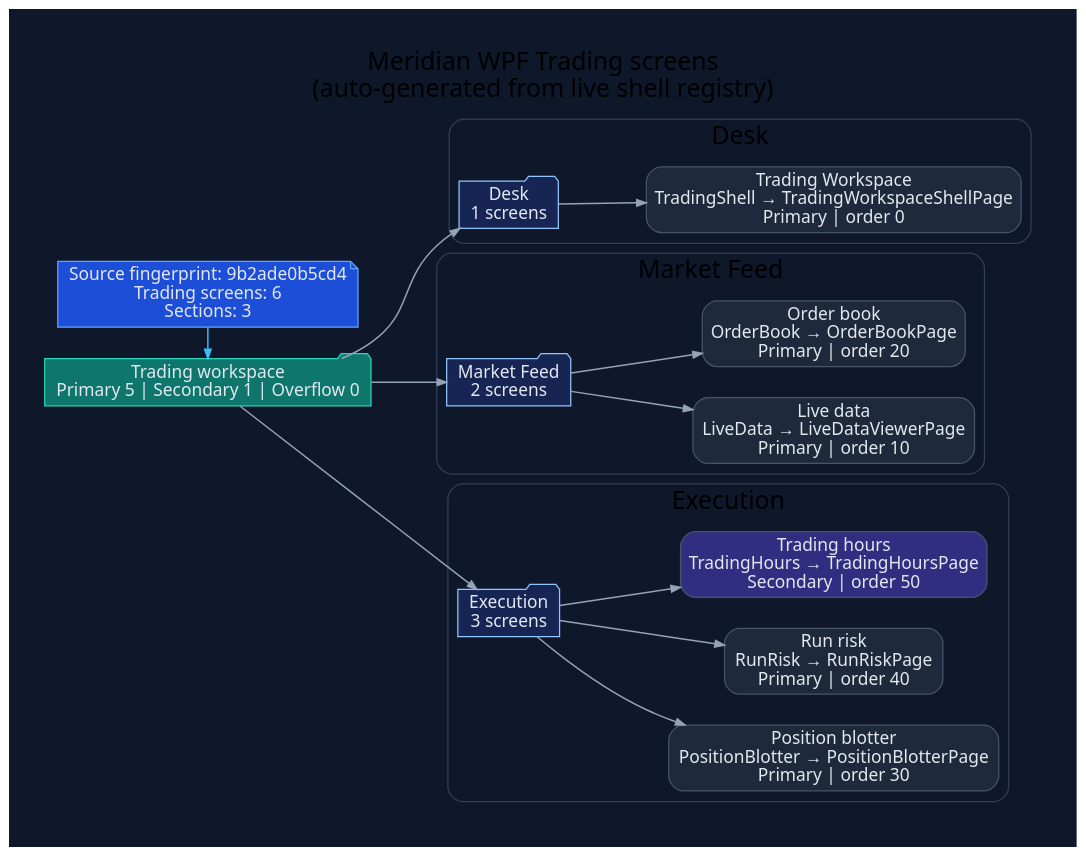
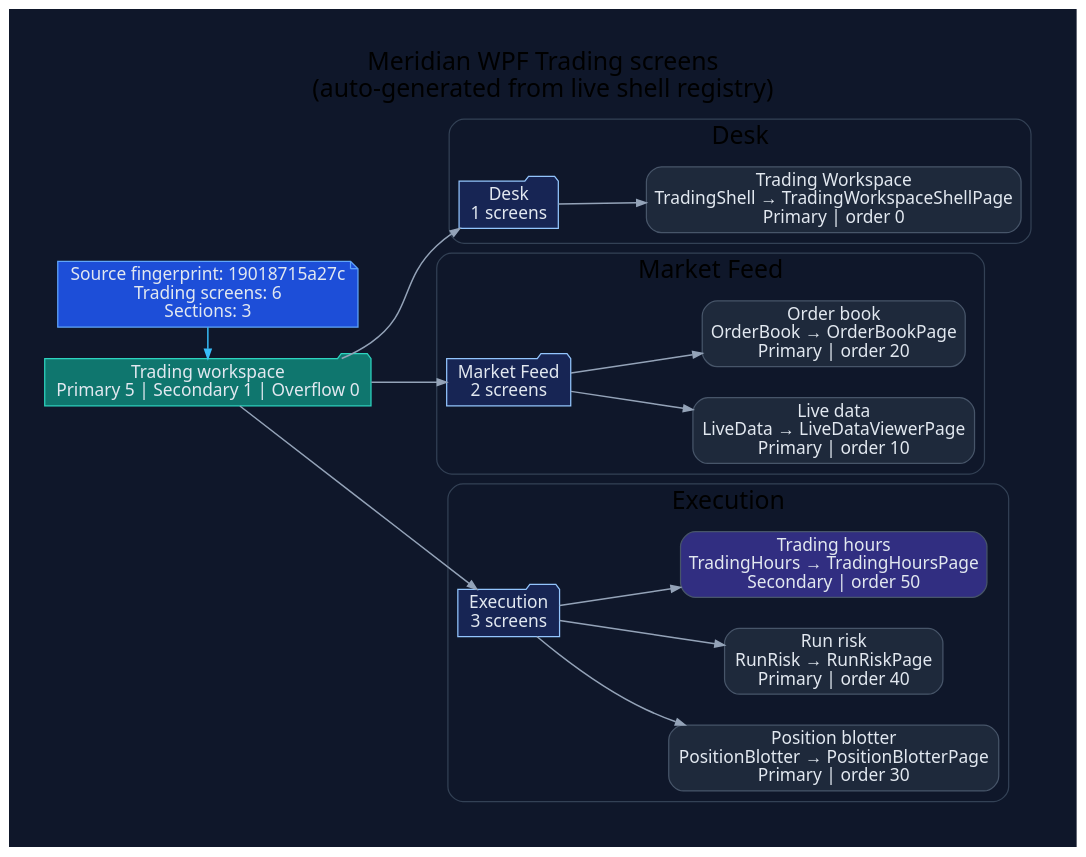
The diagram in docs/diagrams/ui/ui-wpf-screens-trading.dot (rodoHasArrived/Meridian-main), drawn with Graphviz before and after one commit. The commit also changed 44 other files, not shown here.

```diff
--- a/docs/diagrams/ui/ui-wpf-screens-trading.dot
+++ b/docs/diagrams/ui/ui-wpf-screens-trading.dot
@@ -1,62 +1,62 @@
 // -----------------------------------------------------------------------------
 // <auto-generated>
 // Generated by scripts/generate-diagrams.mjs.
 // Do not edit this file directly; update the WPF source files instead.
 // -----------------------------------------------------------------------------
 digraph WpfTradingScreens {
   graph [
     rankdir=LR,
     labelloc=t,
     label="Meridian WPF Trading screens\n(auto-generated from live shell registry)",
     fontname="Segoe UI",
     fontsize=20,
     pad=0.4,
     nodesep=0.35,
     ranksep=0.85,
     bgcolor="#0f172a"
   ];
   node [fontname="Segoe UI", shape=box, style="rounded,filled", color="#475569", fontcolor="#e2e8f0", fillcolor="#1e293b"];
   edge [fontname="Segoe UI", color="#94a3b8", penwidth=1.2, arrowsize=0.75];
 
-  generated [shape=note, fillcolor="#1d4ed8", color="#60a5fa", label="Source fingerprint: 9b2ade0b5cd4\nTrading screens: 6\nSections: 3"];
+  generated [shape=note, fillcolor="#1d4ed8", color="#60a5fa", label="Source fingerprint: 19018715a27c\nTrading screens: 6\nSections: 3"];
   workspace [shape=folder, fillcolor="#0f766e", color="#2dd4bf", label="Trading workspace\nPrimary 5 | Secondary 1 | Overflow 0"];
   generated -> workspace [color="#38bdf8"];
 
   subgraph cluster_section_1 {
     label="Desk";
     color="#334155";
     style="rounded";
     section_1 [shape=folder, fillcolor="#172554", color="#93c5fd", label="Desk\n1 screens"];
     workspace -> section_1;
     screen_TradingShell [fillcolor="#1e293b", label="Trading Workspace\nTradingShell → TradingWorkspaceShellPage\nPrimary | order 0"];
     section_1 -> screen_TradingShell;
   }
 
   subgraph cluster_section_2 {
     label="Market Feed";
     color="#334155";
     style="rounded";
     section_2 [shape=folder, fillcolor="#172554", color="#93c5fd", label="Market Feed\n2 screens"];
     workspace -> section_2;
     screen_LiveData [fillcolor="#1e293b", label="Live data\nLiveData → LiveDataViewerPage\nPrimary | order 10"];
     section_2 -> screen_LiveData;
     screen_OrderBook [fillcolor="#1e293b", label="Order book\nOrderBook → OrderBookPage\nPrimary | order 20"];
     section_2 -> screen_OrderBook;
   }
 
   subgraph cluster_section_3 {
     label="Execution";
     color="#334155";
     style="rounded";
     section_3 [shape=folder, fillcolor="#172554", color="#93c5fd", label="Execution\n3 screens"];
     workspace -> section_3;
     screen_PositionBlotter [fillcolor="#1e293b", label="Position blotter\nPositionBlotter → PositionBlotterPage\nPrimary | order 30"];
     section_3 -> screen_PositionBlotter;
     screen_RunRisk [fillcolor="#1e293b", label="Run risk\nRunRisk → RunRiskPage\nPrimary | order 40"];
     section_3 -> screen_RunRisk;
     screen_TradingHours [fillcolor="#312e81", label="Trading hours\nTradingHours → TradingHoursPage\nSecondary | order 50"];
     section_3 -> screen_TradingHours;
   }
 
   { rank=min; generated; workspace; }
 }
```
